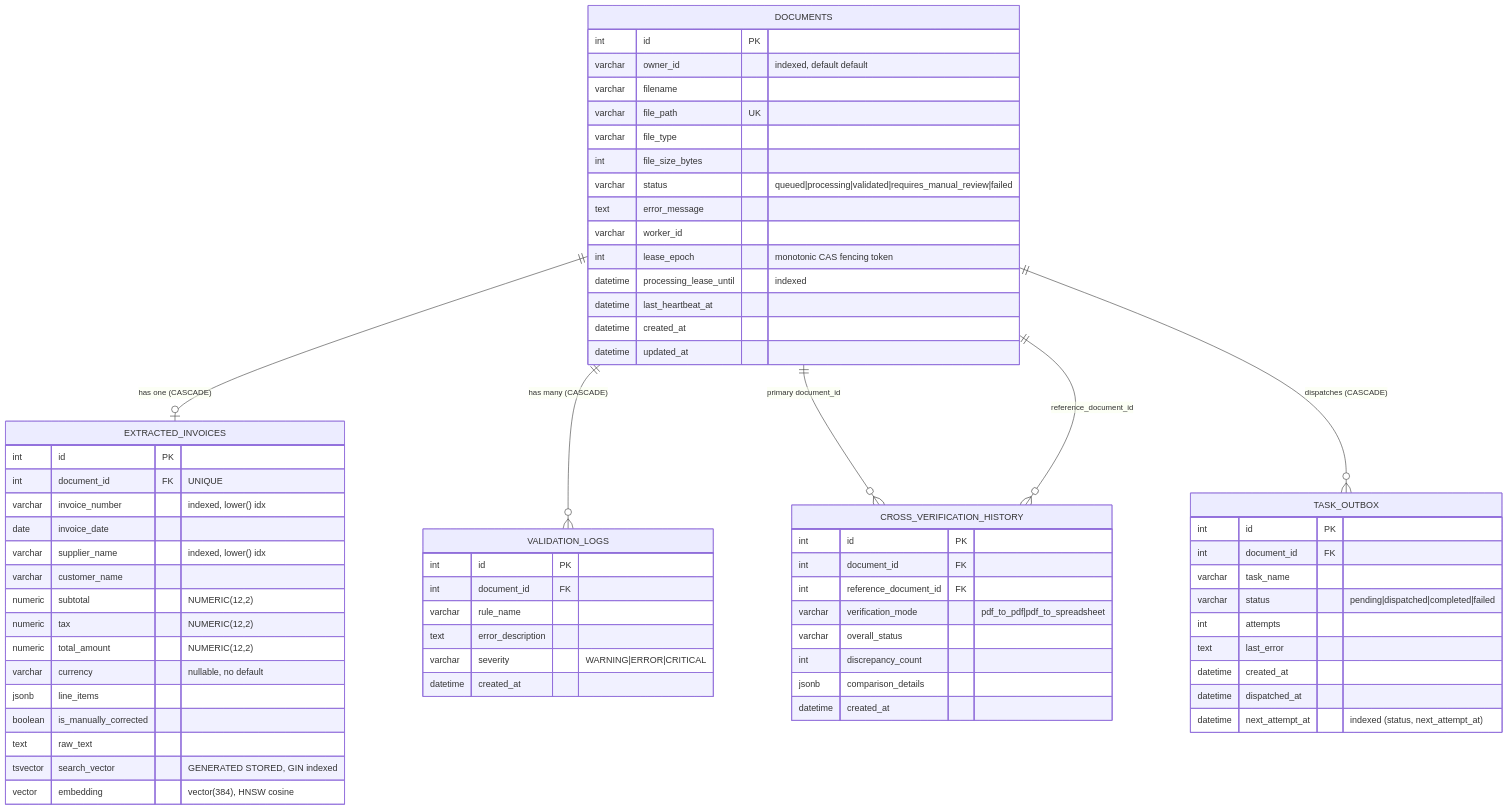
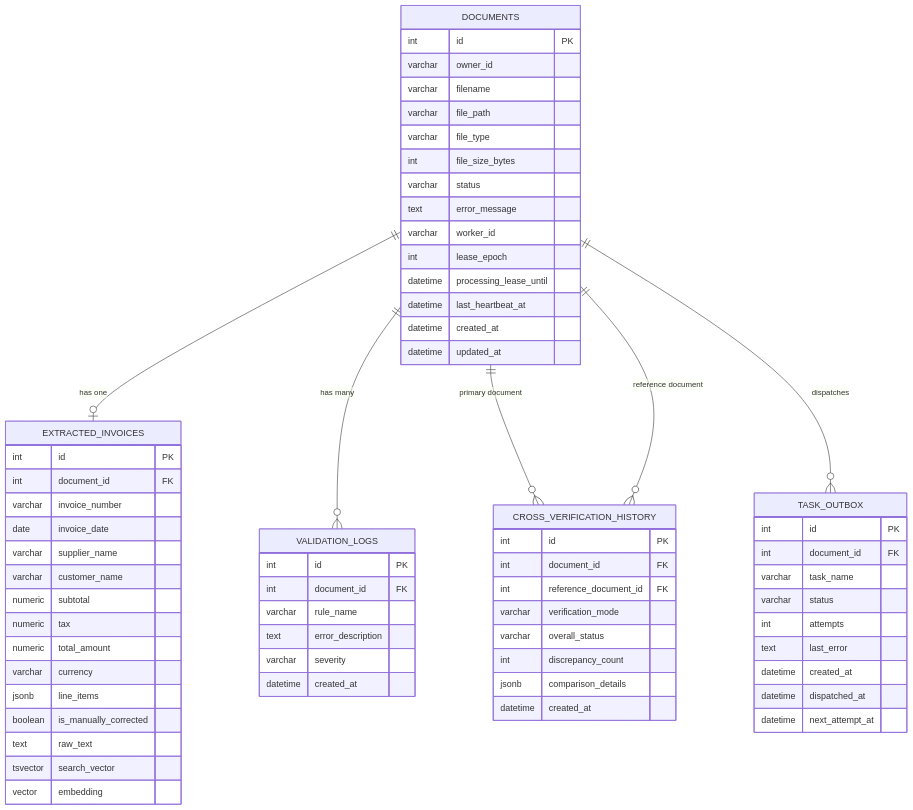
Before and after one commit to mdmazidulislam26/ai-document-intelligence: the second of 2 diagrams in README.md, drawn with Mermaid. The commit also changed other lines of this file, not shown here.

````diff
--- a/README.md
+++ b/README.md
@@ -58,75 +173,75 @@
 ```mermaid
 erDiagram
-    DOCUMENTS ||--o| EXTRACTED_INVOICES : "has one (CASCADE)"
-    DOCUMENTS ||--o{ VALIDATION_LOGS : "has many (CASCADE)"
-    DOCUMENTS ||--o{ CROSS_VERIFICATION_HISTORY : "primary document_id"
-    DOCUMENTS ||--o{ CROSS_VERIFICATION_HISTORY : "reference_document_id"
-    DOCUMENTS ||--o{ TASK_OUTBOX : "dispatches (CASCADE)"
+    DOCUMENTS ||--o| EXTRACTED_INVOICES : "has one"
+    DOCUMENTS ||--o{ VALIDATION_LOGS : "has many"
+    DOCUMENTS ||--o{ CROSS_VERIFICATION_HISTORY : "primary document"
+    DOCUMENTS ||--o{ CROSS_VERIFICATION_HISTORY : "reference document"
+    DOCUMENTS ||--o{ TASK_OUTBOX : "dispatches"
 
     DOCUMENTS {
         int id PK
-        varchar owner_id "indexed, default default"
+        varchar owner_id
         varchar filename
-        varchar file_path UK
+        varchar file_path
         varchar file_type
         int file_size_bytes
-        varchar status "queued|processing|validated|requires_manual_review|failed"
+        varchar status
         text error_message
         varchar worker_id
-        int lease_epoch "monotonic CAS fencing token"
-        datetime processing_lease_until "indexed"
+        int lease_epoch
+        datetime processing_lease_until
         datetime last_heartbeat_at
         datetime created_at
         datetime updated_at
     }
 
     EXTRACTED_INVOICES {
         int id PK
-        int document_id FK "UNIQUE"
-        varchar invoice_number "indexed, lower() idx"
+        int document_id FK
+        varchar invoice_number
         date invoice_date
-        varchar supplier_name "indexed, lower() idx"
+        varchar supplier_name
         varchar customer_name
-        numeric subtotal "NUMERIC(12,2)"
-        numeric tax "NUMERIC(12,2)"
-        numeric total_amount "NUMERIC(12,2)"
-        varchar currency "nullable, no default"
+        numeric subtotal
+        numeric tax
+        numeric total_amount
+        varchar currency
         jsonb line_items
         boolean is_manually_corrected
         text raw_text
-        tsvector search_vector "GENERATED STORED, GIN indexed"
-        vector embedding "vector(384), HNSW cosine"
+        tsvector search_vector
+        vector embedding
     }
 
     VALIDATION_LOGS {
         int id PK
         int document_id FK
         varchar rule_name
         text error_description
-        varchar severity "WARNING|ERROR|CRITICAL"
+        varchar severity
         datetime created_at
     }
 
     CROSS_VERIFICATION_HISTORY {
         int id PK
         int document_id FK
         int reference_document_id FK
-        varchar verification_mode "pdf_to_pdf|pdf_to_spreadsheet"
+        varchar verification_mode
         varchar overall_status
         int discrepancy_count
         jsonb comparison_details
         datetime created_at
     }
 
     TASK_OUTBOX {
         int id PK
         int document_id FK
         varchar task_name
-        varchar status "pending|dispatched|completed|failed"
+        varchar status
         int attempts
         text last_error
         datetime created_at
         datetime dispatched_at
-        datetime next_attempt_at "indexed (status, next_attempt_at)"
+        datetime next_attempt_at
     }
 ```
````
